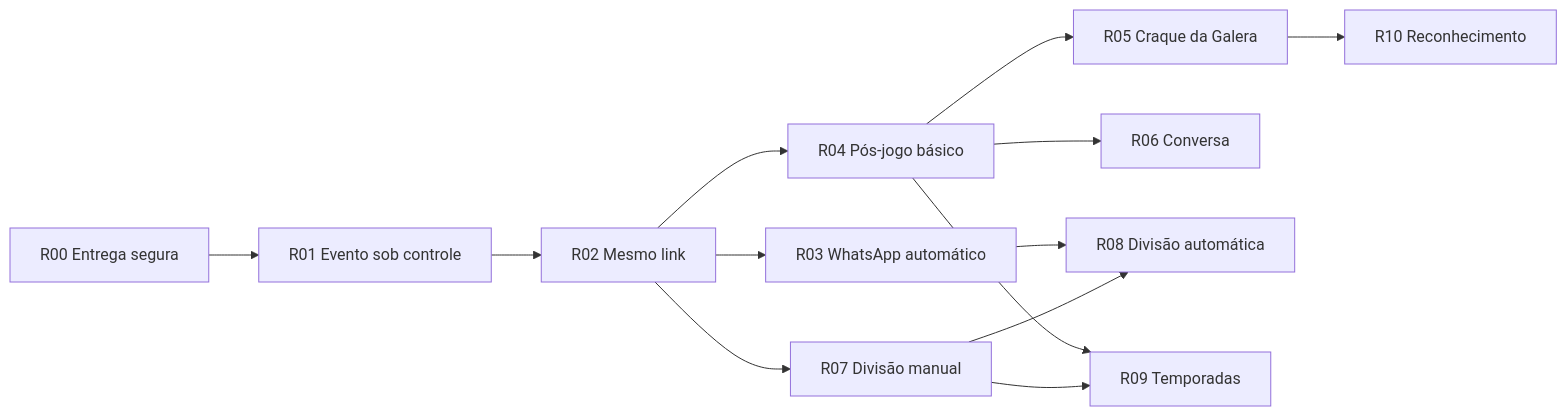
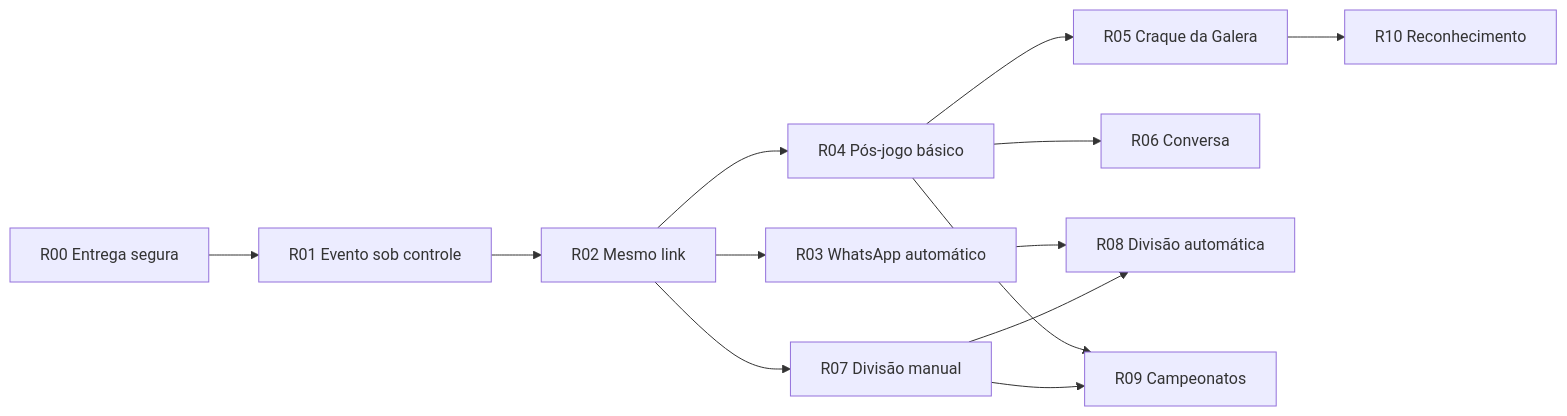
Before and after one commit to givaldos/deutime: the diagram in docs/roadmap.md, drawn with Mermaid. The commit also changed other lines of this file and 1 other file, not shown here.

````diff
--- a/docs/roadmap.md
+++ b/docs/roadmap.md
@@ -68,15 +78,15 @@
 ```mermaid
 flowchart LR
     R00["R00 Entrega segura"] --> R01["R01 Evento sob controle"]
     R01 --> R02["R02 Mesmo link"]
     R02 --> R03["R03 WhatsApp automático"]
     R02 --> R04["R04 Pós-jogo básico"]
     R02 --> R07["R07 Divisão manual"]
     R04 --> R05["R05 Craque da Galera"]
     R04 --> R06["R06 Conversa"]
     R03 --> R08["R08 Divisão automática"]
     R07 --> R08
-    R04 --> R09["R09 Temporadas"]
+    R04 --> R09["R09 Campeonatos"]
     R07 --> R09
     R05 --> R10["R10 Reconhecimento"]
 ```
````
